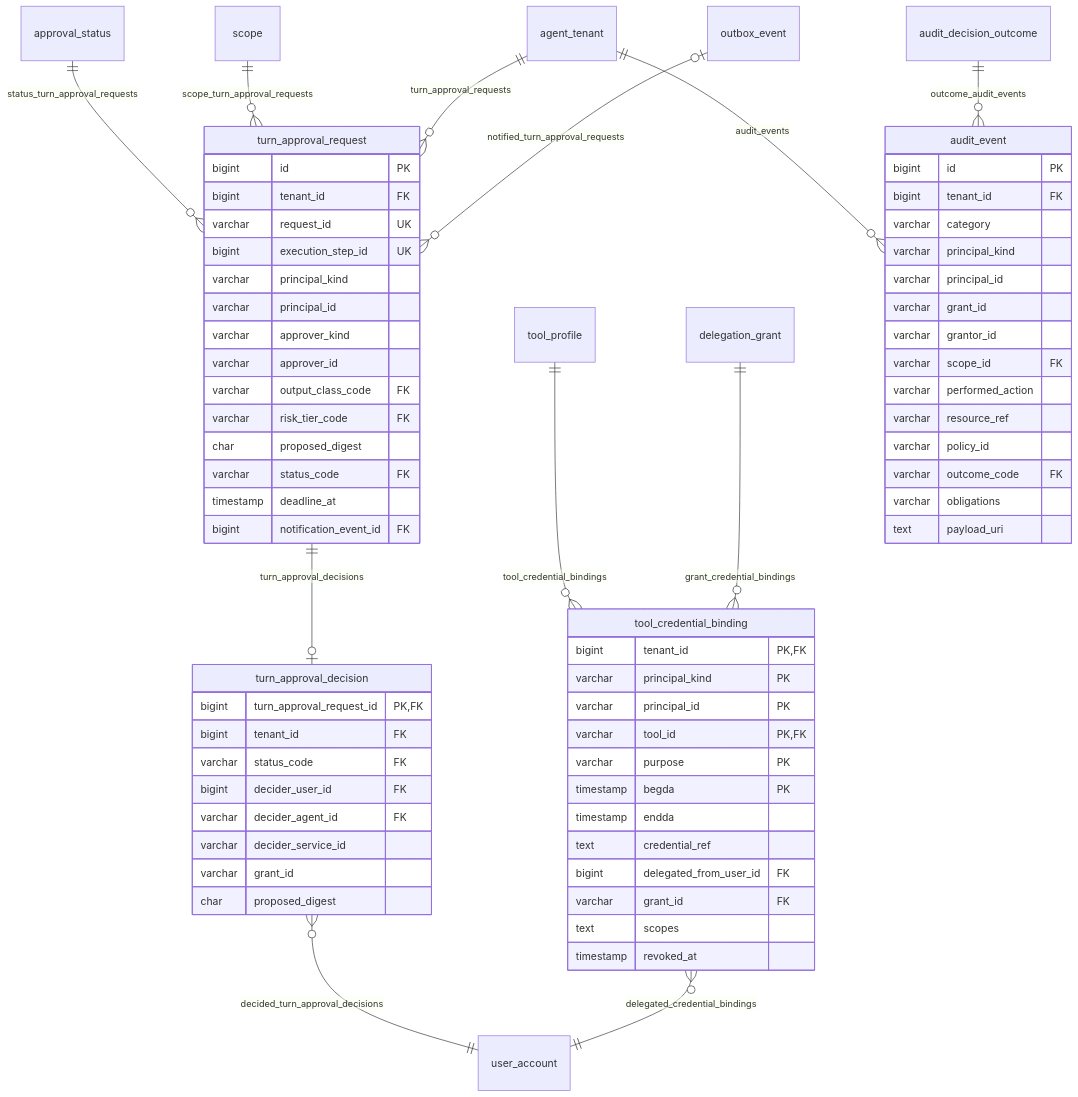
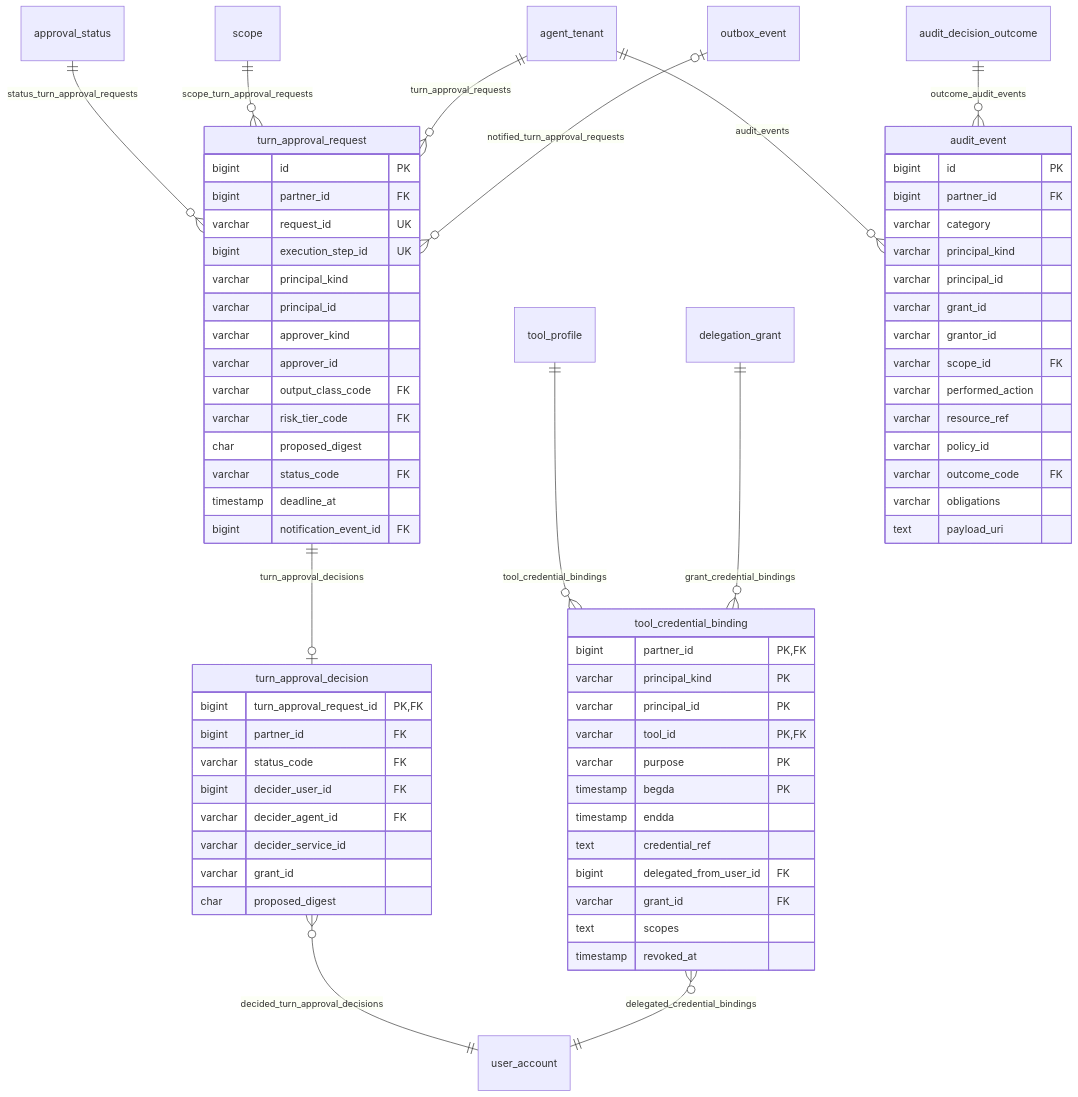
Before and after one commit to nauticana/scout: the tenth of 18 diagrams in doc/database.md, drawn with Mermaid. The commit also changed other lines of this file and 163 other files, not shown here.

Commit message:
Partner-scoped tenant tables, a registration catalog, tenant-aware tool listing

````diff
--- a/doc/database.md
+++ b/doc/database.md
@@ -885,71 +886,71 @@
 ```mermaid
 erDiagram
     approval_status ||--o{ turn_approval_request : status_turn_approval_requests
     scope ||--o{ turn_approval_request : scope_turn_approval_requests
     agent_tenant ||--o{ turn_approval_request : turn_approval_requests
     turn_approval_request ||--o| turn_approval_decision : turn_approval_decisions
     outbox_event |o--o{ turn_approval_request : notified_turn_approval_requests
     tool_profile ||--o{ tool_credential_binding : tool_credential_bindings
     turn_approval_decision }o--|| user_account : decided_turn_approval_decisions
     tool_credential_binding }o--|| user_account : delegated_credential_bindings
     delegation_grant ||--o{ tool_credential_binding : grant_credential_bindings
     agent_tenant ||--o{ audit_event : audit_events
     audit_decision_outcome ||--o{ audit_event : outcome_audit_events
 
     turn_approval_request {
         bigint id PK
-        bigint tenant_id FK
+        bigint partner_id FK
         varchar request_id UK
         bigint execution_step_id UK
         varchar principal_kind
         varchar principal_id
         varchar approver_kind
         varchar approver_id
         varchar output_class_code FK
         varchar risk_tier_code FK
         char proposed_digest
         varchar status_code FK
         timestamp deadline_at
         bigint notification_event_id FK
     }
     turn_approval_decision {
         bigint turn_approval_request_id PK,FK
-        bigint tenant_id FK
+        bigint partner_id FK
         varchar status_code FK
         bigint decider_user_id FK
         varchar decider_agent_id FK
         varchar decider_service_id
         varchar grant_id
         char proposed_digest
     }
     tool_credential_binding {
-        bigint tenant_id PK,FK
+        bigint partner_id PK,FK
         varchar principal_kind PK
         varchar principal_id PK
         varchar tool_id PK,FK
         varchar purpose PK
         timestamp begda PK
         timestamp endda
         text credential_ref
         bigint delegated_from_user_id FK
         varchar grant_id FK
         text scopes
         timestamp revoked_at
     }
     audit_event {
         bigint id PK
-        bigint tenant_id FK
+        bigint partner_id FK
         varchar category
         varchar principal_kind
         varchar principal_id
         varchar grant_id
         varchar grantor_id
         varchar scope_id FK
         varchar performed_action
         varchar resource_ref
         varchar policy_id
         varchar outcome_code FK
         varchar obligations
         text payload_uri
     }
 ```
````
